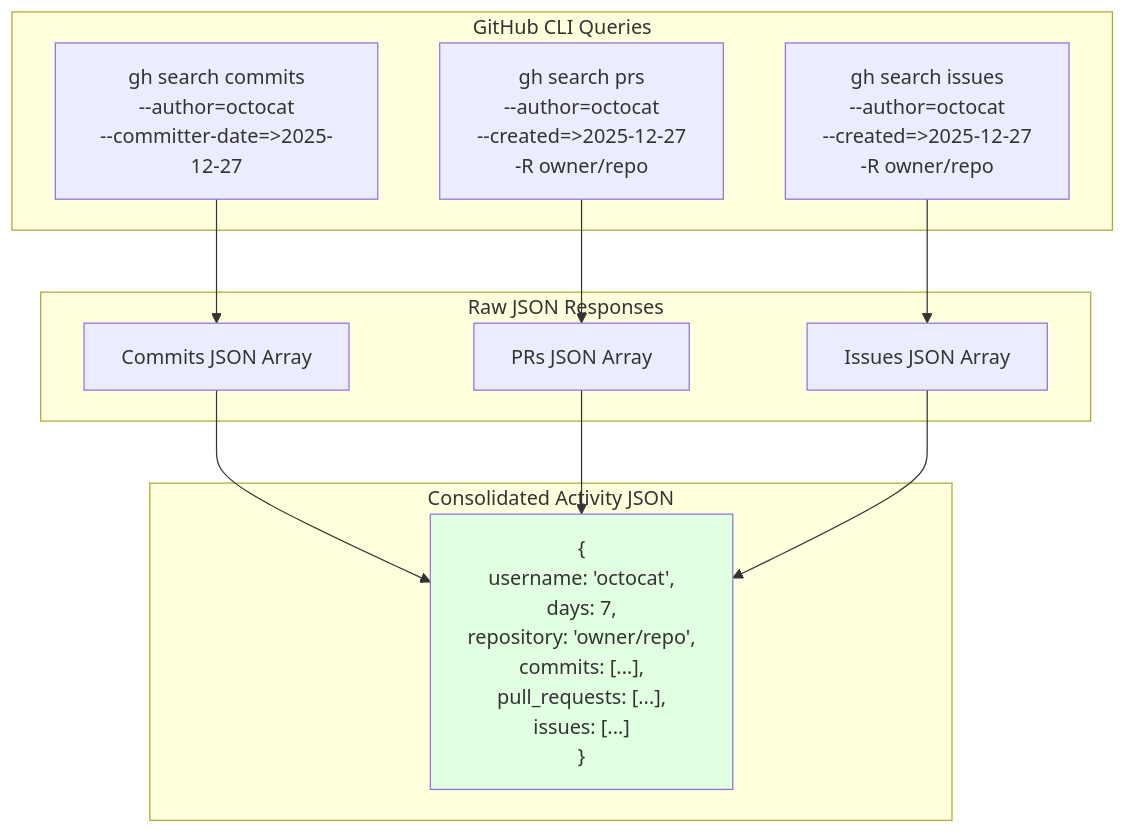
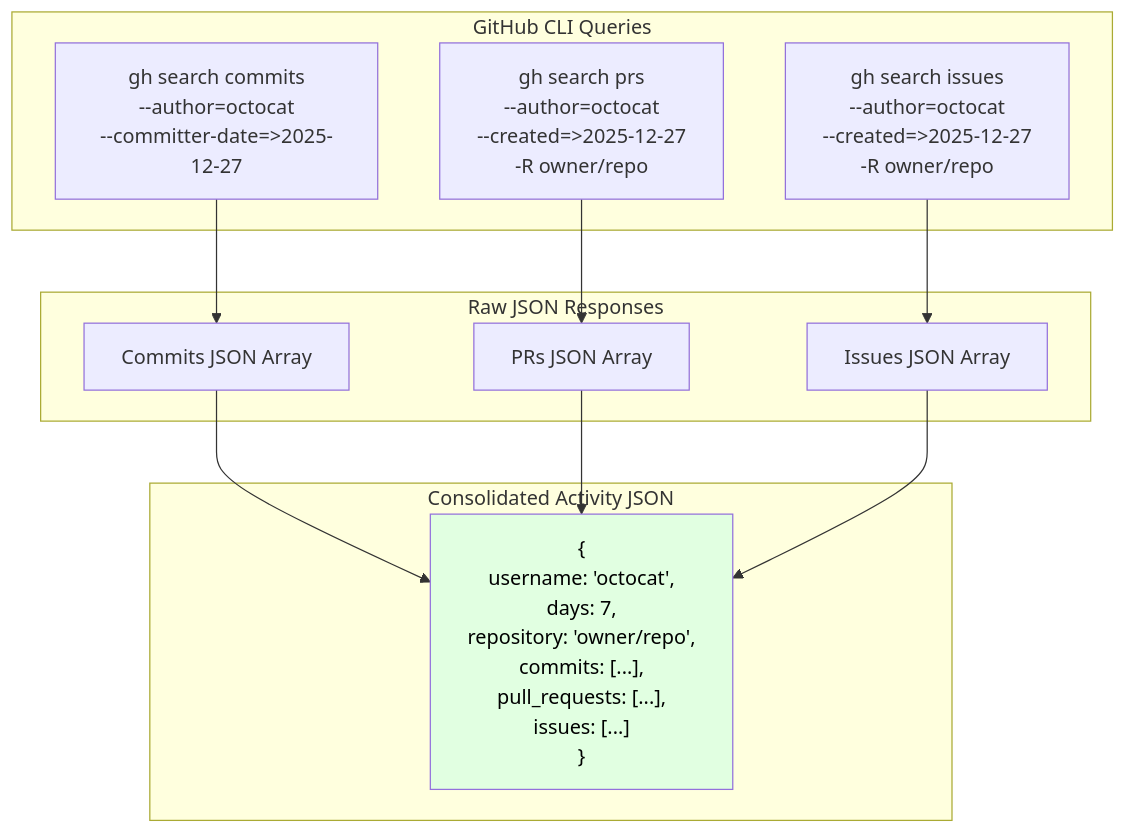
The third of 6 diagrams in docs/architecture/03-data-flow.md (jetmobsol/claude-gh-standup), drawn with Mermaid before and after one commit. The commit also changed other lines of this file and 4 other files, not shown here.

First line of the commit message:
Fix text color to black on light-colored Mermaid diagrams

````diff
--- a/docs/architecture/03-data-flow.md
+++ b/docs/architecture/03-data-flow.md
@@ -87,28 +87,28 @@
 ```mermaid
 graph TB
     subgraph "GitHub CLI Queries"
         Q1[gh search commits<br/>--author=octocat<br/>--committer-date=&gt;2025-12-27]
         Q2[gh search prs<br/>--author=octocat<br/>--created=&gt;2025-12-27<br/>-R owner/repo]
         Q3[gh search issues<br/>--author=octocat<br/>--created=&gt;2025-12-27<br/>-R owner/repo]
     end
 
     subgraph "Raw JSON Responses"
         R1[Commits JSON Array]
         R2[PRs JSON Array]
         R3[Issues JSON Array]
     end
 
     subgraph "Consolidated Activity JSON"
         Activity["{\n  username: 'octocat',\n  days: 7,\n  repository: 'owner/repo',\n  commits: [...],\n  pull_requests: [...],\n  issues: [...]\n}"]
     end
 
     Q1 --> R1
     Q2 --> R2
     Q3 --> R3
 
     R1 --> Activity
     R2 --> Activity
     R3 --> Activity
 
-    style Activity fill:#e1ffe1
+    style Activity fill:#e1ffe1,color:#000
 ```
````
